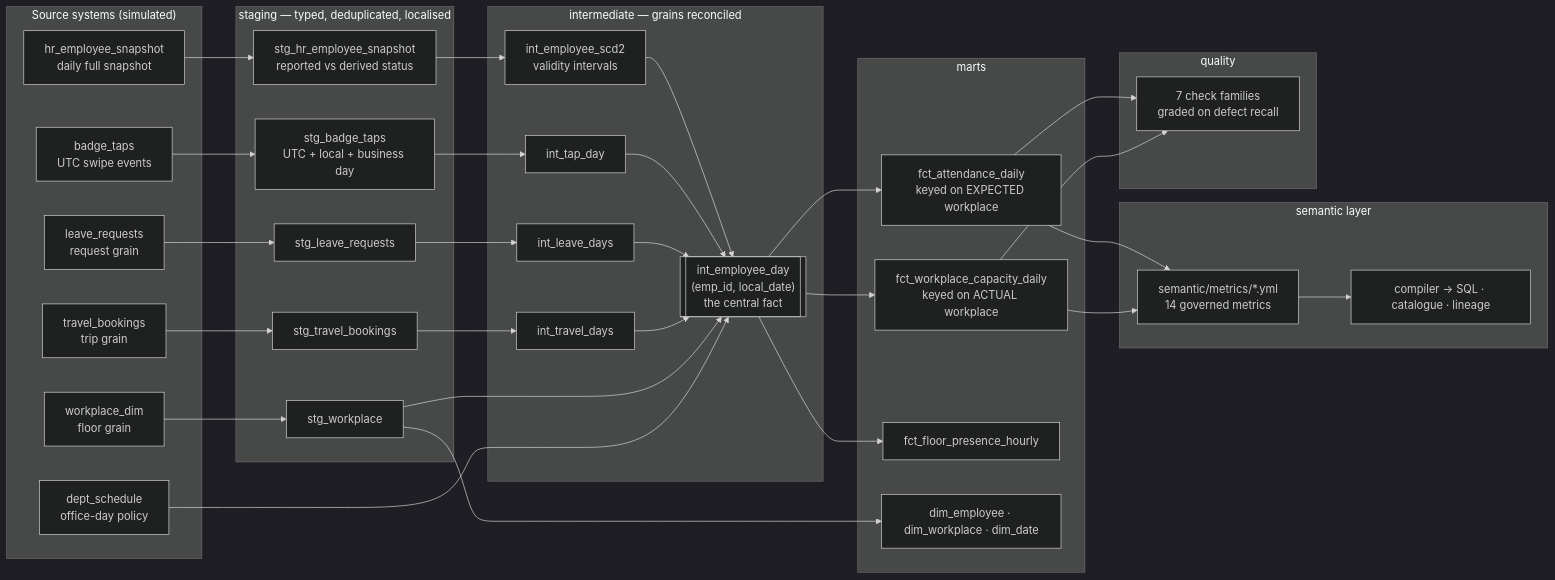
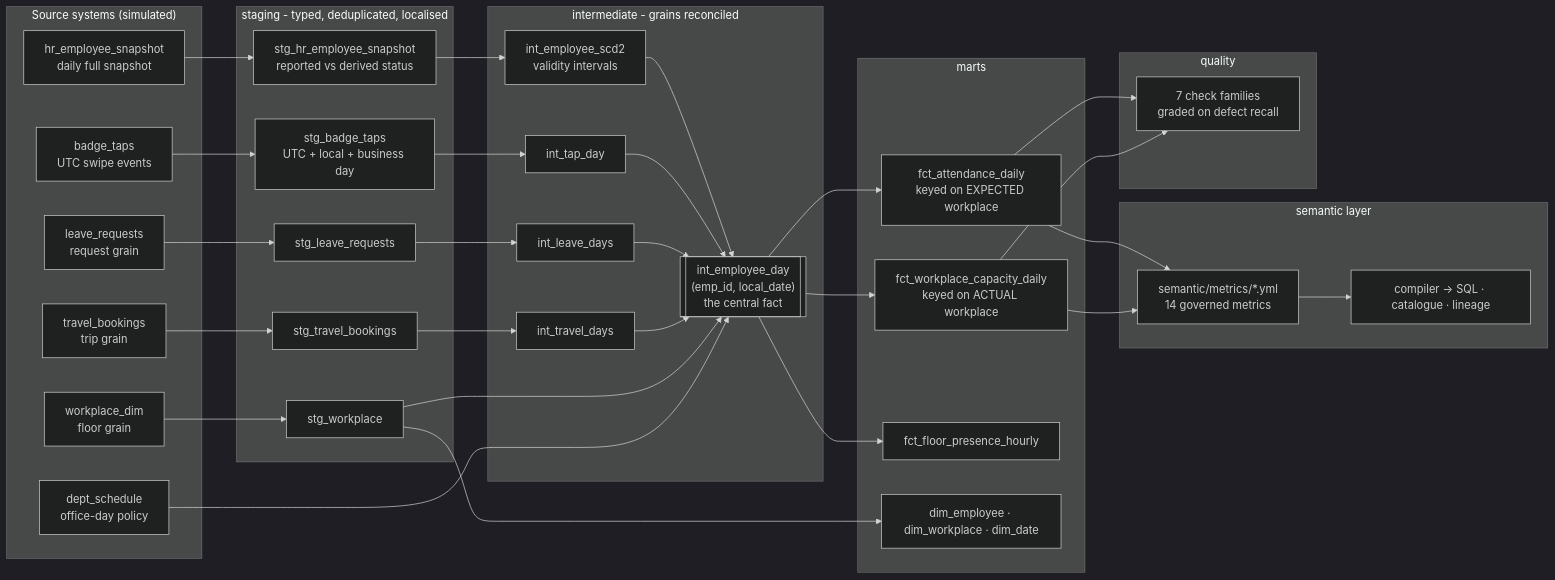
The diagram in README.md (inayathnoon/workplace-data-platform), drawn with Mermaid (dark theme) before and after one commit. The commit also changed other lines of this file and 5 other files, not shown here.

````diff
--- a/README.md
+++ b/README.md
@@ -36,54 +36,54 @@
 ```mermaid
 flowchart LR
   subgraph sources["Source systems (simulated)"]
     HR[hr_employee_snapshot<br/>daily full snapshot]
     TAPS[badge_taps<br/>UTC swipe events]
     LV[leave_requests<br/>request grain]
     TV[travel_bookings<br/>trip grain]
     WP[workplace_dim<br/>floor grain]
     SCH[dept_schedule<br/>office-day policy]
   end
 
-  subgraph staging["staging — typed, deduplicated, localised"]
+  subgraph staging["staging - typed, deduplicated, localised"]
     S_HR[stg_hr_employee_snapshot<br/>reported vs derived status]
     S_TAPS[stg_badge_taps<br/>UTC + local + business day]
     S_LV[stg_leave_requests]
     S_TV[stg_travel_bookings]
     S_WP[stg_workplace]
   end
 
-  subgraph intermediate["intermediate — grains reconciled"]
+  subgraph intermediate["intermediate - grains reconciled"]
     SCD[int_employee_scd2<br/>validity intervals]
     LVD[int_leave_days]
     TVD[int_travel_days]
     TAPD[int_tap_day]
     ED[["int_employee_day<br/>(emp_id, local_date)<br/>the central fact"]]
   end
 
   subgraph marts["marts"]
     FA[fct_attendance_daily<br/>keyed on EXPECTED workplace]
     FC[fct_workplace_capacity_daily<br/>keyed on ACTUAL workplace]
     FF[fct_floor_presence_hourly]
     DIMS[dim_employee · dim_workplace · dim_date]
   end
 
   subgraph semantic["semantic layer"]
     REG[semantic/metrics/*.yml<br/>14 governed metrics]
     COMP[compiler → SQL · catalogue · lineage]
   end
 
   subgraph quality["quality"]
     DQ[7 check families<br/>graded on defect recall]
   end
 
   HR --> S_HR --> SCD --> ED
   TAPS --> S_TAPS --> TAPD --> ED
   LV --> S_LV --> LVD --> ED
   TV --> S_TV --> TVD --> ED
   WP --> S_WP --> ED
   SCH --> ED
   S_WP --> DIMS
   ED --> FA & FC & FF
   FA & FC --> REG --> COMP
   FA & FC --> DQ
 ```
````
